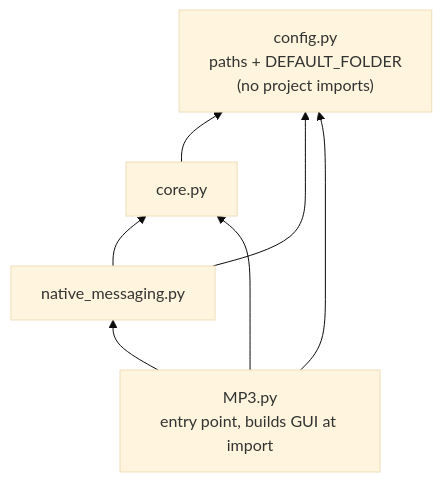
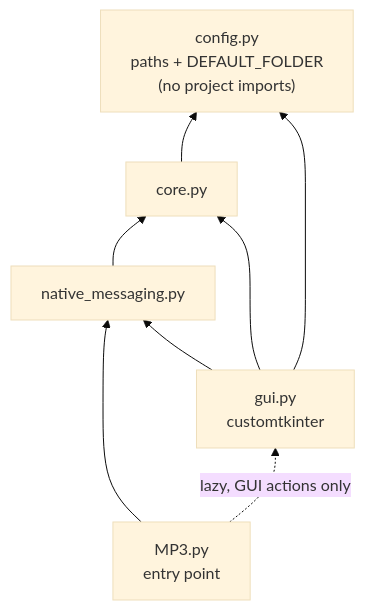
One commit to martin-iflap/YT-MP3-Downloader changed the seventh of 18 diagrams in ARCHITECTURE.md. Above: the diagram before and after it, drawn with Mermaid (base theme). The commit also changed other lines of this file and 11 other files, not shown here.

````diff
--- a/ARCHITECTURE.md
+++ b/ARCHITECTURE.md
@@ -332,14 +333,16 @@
 ```mermaid
 flowchart BT
     CFG["config.py<br/>paths + DEFAULT_FOLDER<br/>(no project imports)"]
     CORE["core.py"]
     NM["native_messaging.py"]
-    MP3["MP3.py<br/>entry point, builds GUI at import"]
+    GUI["gui.py<br/>customtkinter"]
+    MP3["MP3.py<br/>entry point"]
 
     CORE --> CFG
     NM --> CORE
-    NM --> CFG
+    GUI --> NM
+    GUI --> CORE
+    GUI --> CFG
     MP3 --> NM
-    MP3 --> CORE
-    MP3 --> CFG
+    MP3 -. "lazy, GUI actions only" .-> GUI
 ```
````
